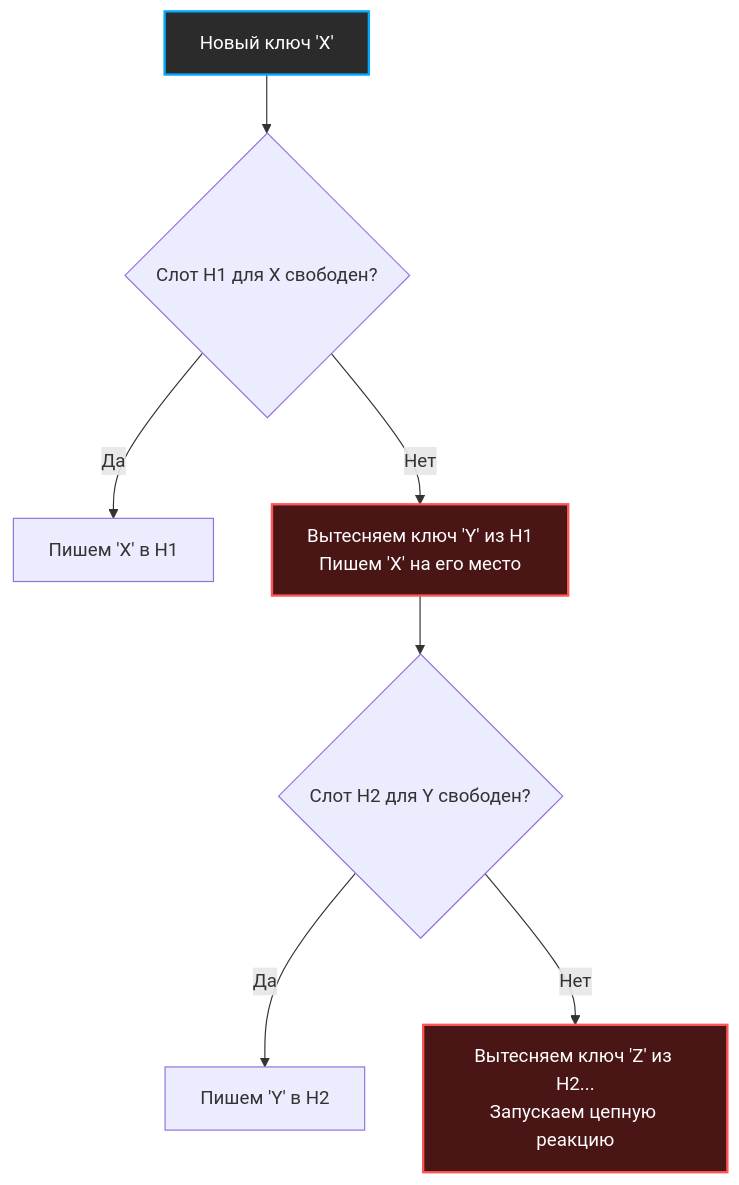
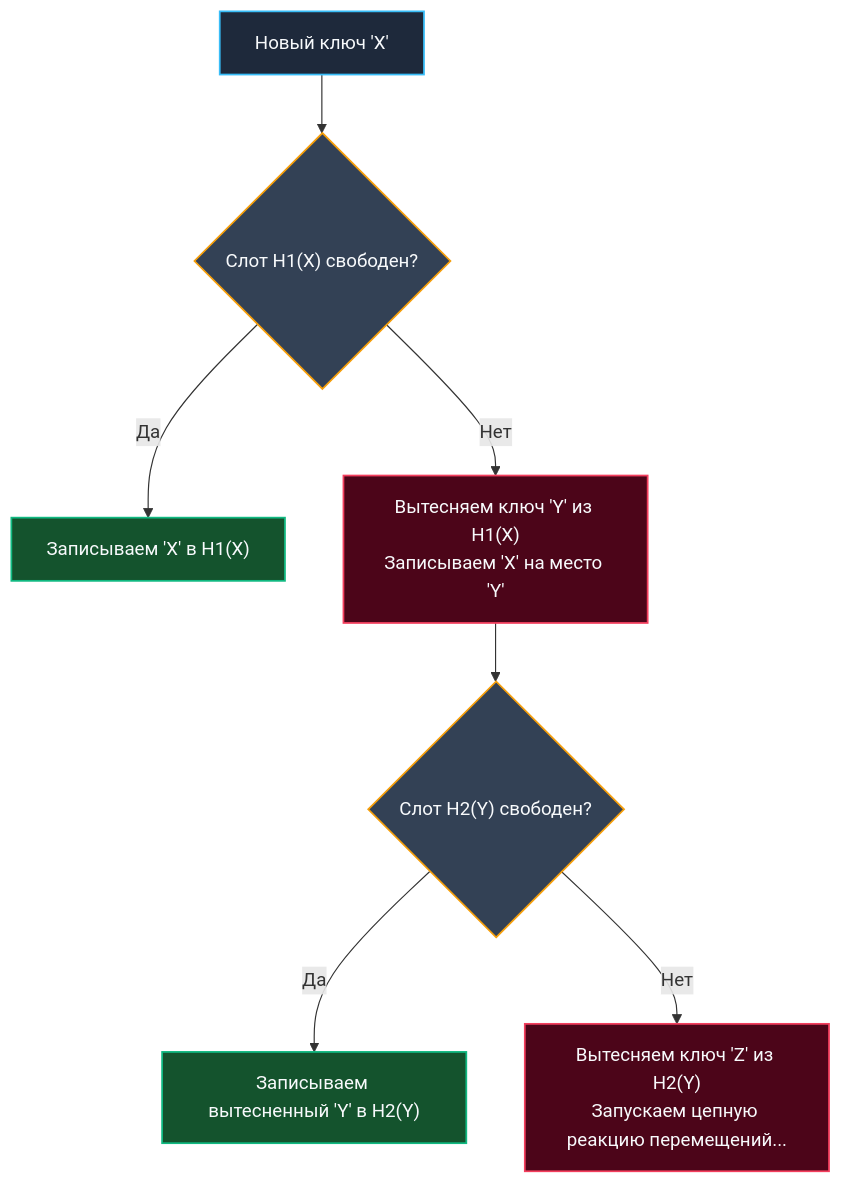
The diagram in sources/20. Алгоритмы и структуры данных (DSA) на Go/03. Хеширование/7. Cuckoo hashing.md (UnrealTemplier/go-textbook), drawn with Mermaid before and after one commit. The commit also changed other lines of this file, not shown here.

````diff
--- a/sources/20. Алгоритмы и структуры данных (DSA) на Go/03. Хеширование/7. Cuckoo hashing.md
+++ b/sources/20. Алгоритмы и структуры данных (DSA) на Go/03. Хеширование/7. Cuckoo hashing.md
@@ -33,13 +35,20 @@
 ```mermaid
 flowchart TD
-    A["Новый ключ 'X'"] --> B{"Слот H1 для X свободен?"}
-    B -->|Да| C["Пишем 'X' в H1"]
-    B -->|Нет| D["Вытесняем ключ 'Y' из H1<br>Пишем 'X' на его место"]
-    D --> E{"Слот H2 для Y свободен?"}
-    E -->|Да| F["Пишем 'Y' в H2"]
-    E -->|Нет| G["Вытесняем ключ 'Z' из H2...<br>Запускаем цепную реакцию"]
-    
-    style A fill:#2b2b2b,stroke:#00aaff,stroke-width:2px,color:#fff
-    style D fill:#4a1515,stroke:#ff5555,stroke-width:2px,color:#fff
-    style G fill:#4a1515,stroke:#ff5555,stroke-width:2px,color:#fff
+    Start["Новый ключ 'X'"] --> Check1{"Слот H1(X) свободен?"}
+    Check1 -->|"Да"| Put1["Записываем 'X' в H1(X)"]
+    Check1 -->|"Нет"| Evict1["Вытесняем ключ 'Y' из H1(X)<br/>Записываем 'X' на место 'Y'"]
+
+    Evict1 --> Check2{"Слот H2(Y) свободен?"}
+    Check2 -->|"Да"| Put2["Записываем вытесненный 'Y' в H2(Y)"]
+    Check2 -->|"Нет"| Evict2["Вытесняем ключ 'Z' из H2(Y)<br/>Запускаем цепную реакцию перемещений..."]
+
+    classDef process fill:#1e293b,stroke:#38bdf8,stroke-width:1.5px,color:#f8fafc;
+    classDef check fill:#334155,stroke:#f59e0b,stroke-width:1.5px,color:#f8fafc;
+    classDef evict fill:#4c0519,stroke:#f43f5e,stroke-width:1.5px,color:#f8fafc;
+    classDef finish fill:#14532d,stroke:#10b981,stroke-width:1.5px,color:#f8fafc;
+
+    class Start process;
+    class Check1,Check2 check;
+    class Evict1,Evict2 evict;
+    class Put1,Put2 finish;
 ```
````
